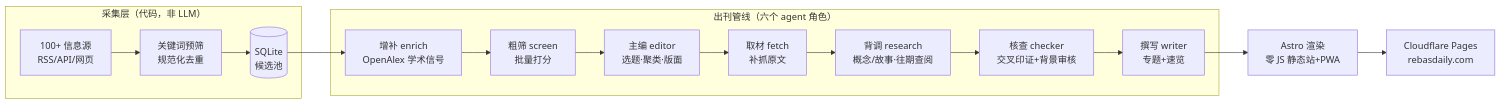
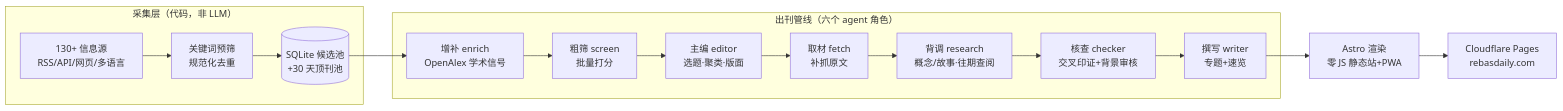
Before and after one commit to Rebas9512/rebas-daily: the diagram in README.md, drawn with Mermaid. The commit also changed other lines of this file, not shown here.

````diff
--- a/README.md
+++ b/README.md
@@ -26,10 +28,10 @@
 ```mermaid
 flowchart LR
     subgraph 采集层["采集层（代码，非 LLM）"]
-        A[100+ 信息源<br>RSS/API/网页] --> B[关键词预筛<br>规范化去重] --> C[(SQLite<br>候选池)]
+        A[130+ 信息源<br>RSS/API/网页/多语言] --> B[关键词预筛<br>规范化去重] --> C[(SQLite 候选池<br>+30 天顶刊池)]
     end
     subgraph 编辑部["出刊管线（六个 agent 角色）"]
         C --> E[增补 enrich<br>OpenAlex 学术信号] --> F[粗筛 screen<br>批量打分] --> G[主编 editor<br>选题·聚类·版面] --> H[取材 fetch<br>补抓原文] --> I[背调 research<br>概念/故事·往期查阅] --> J[核查 checker<br>交叉印证+背景审核] --> K[撰写 writer<br>专题+速览]
     end
     K --> L[Astro 渲染<br>零 JS 静态站+PWA] --> M[Cloudflare Pages<br>rebasdaily.com]
 ```
````
